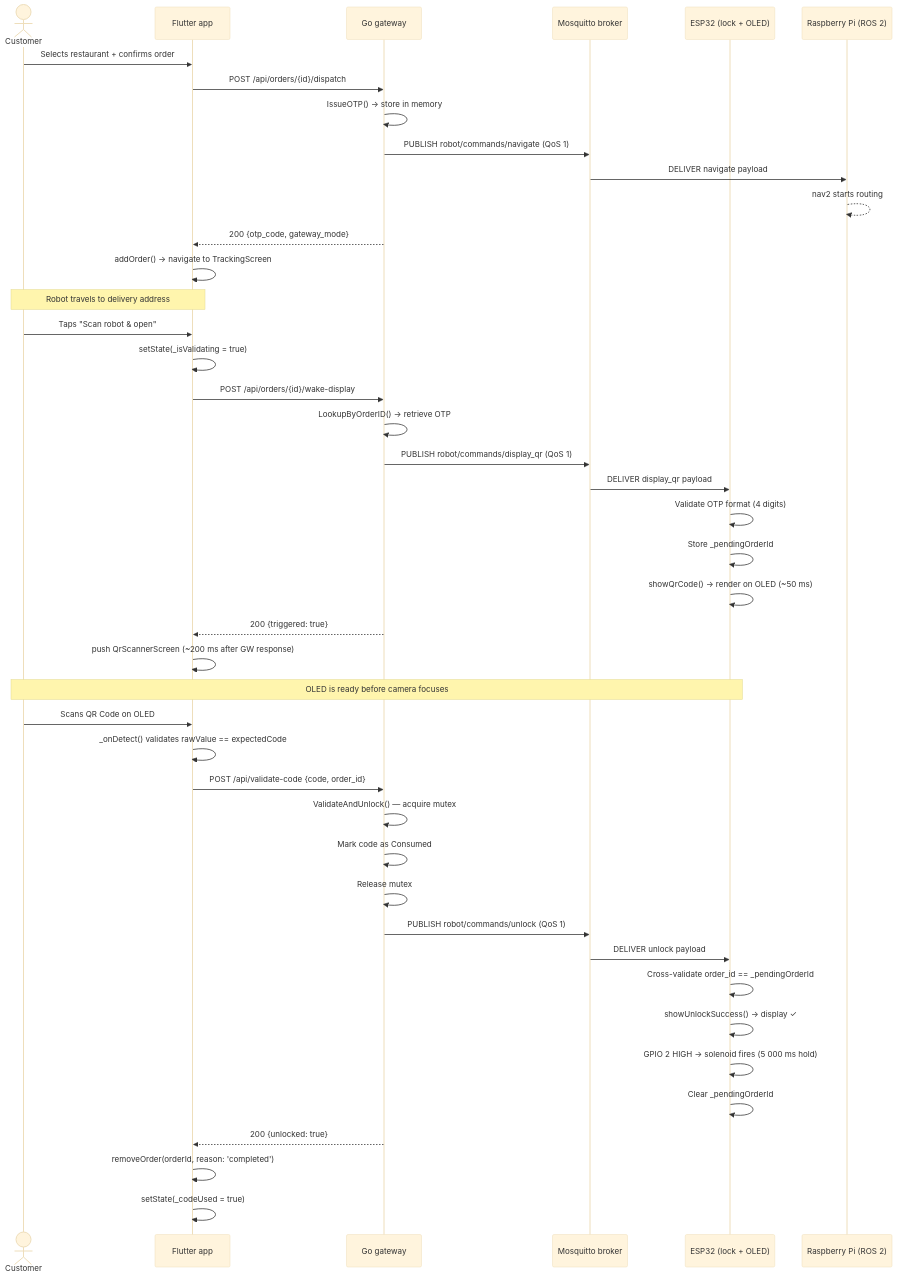
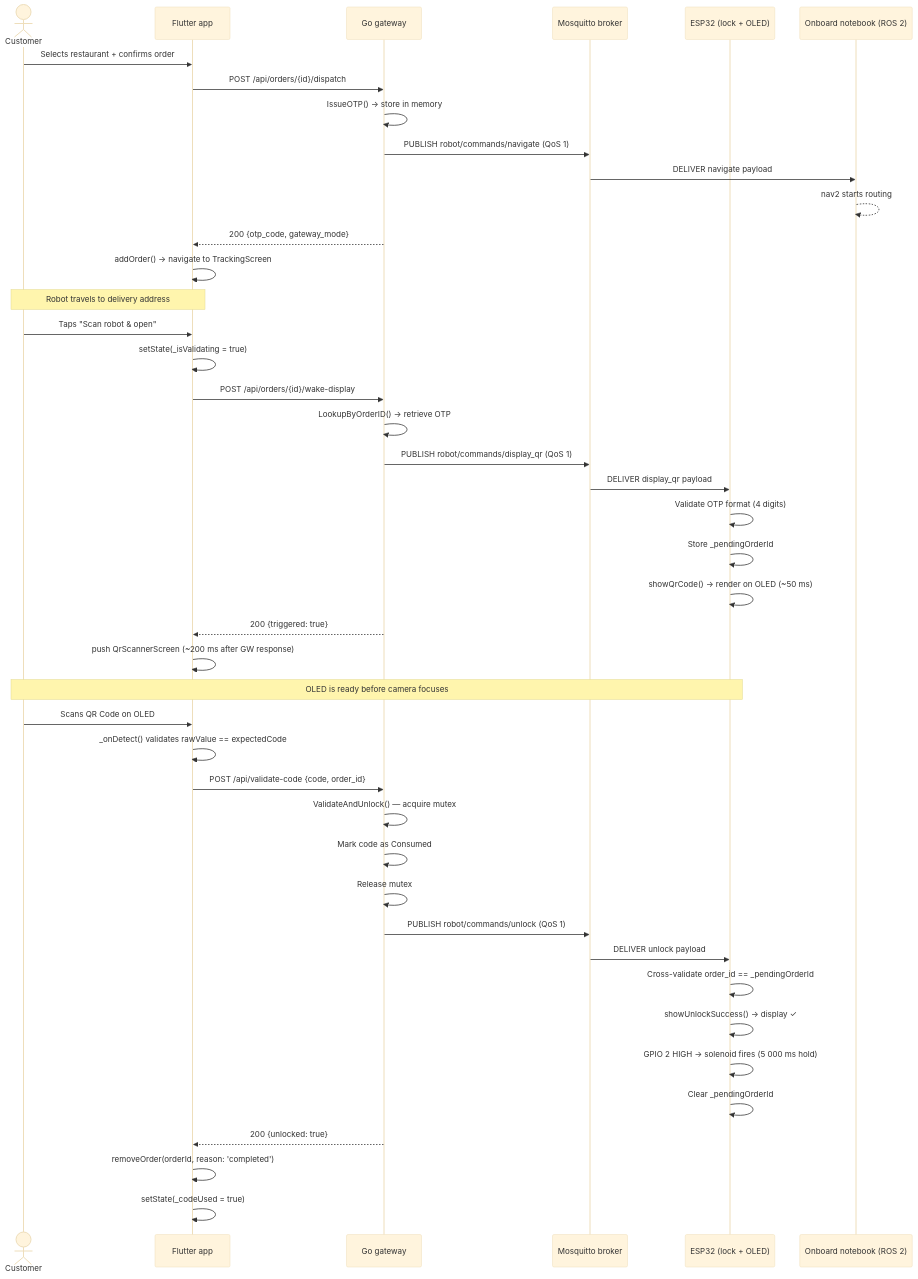
One commit to Santana-DS/pit-marmitron changed the first of 10 diagrams in Computacional/app/docs/STATE_FLOW.md. Above: the diagram before and after it, drawn with Mermaid (base theme). The commit also changed other lines of this file and 30 other files, not shown here.

````diff
--- a/Computacional/app/docs/STATE_FLOW.md
+++ b/Computacional/app/docs/STATE_FLOW.md
@@ -7,50 +7,50 @@
 ```mermaid
 sequenceDiagram
     actor Customer
     participant App as Flutter app
     participant GW as Go gateway
     participant MQ as Mosquitto broker
     participant ESP as ESP32 (lock + OLED)
-    participant PI as Raspberry Pi (ROS 2)
+    participant NB as Onboard notebook (ROS 2)
 
     Customer->>App: Selects restaurant + confirms order
     App->>GW: POST /api/orders/{id}/dispatch
     GW->>GW: IssueOTP() → store in memory
     GW->>MQ: PUBLISH robot/commands/navigate (QoS 1)
-    MQ->>PI: DELIVER navigate payload
-    PI-->>PI: nav2 starts routing
+    MQ->>NB: DELIVER navigate payload
+    NB-->>NB: nav2 starts routing
     GW-->>App: 200 {otp_code, gateway_mode}
     App->>App: addOrder() → navigate to TrackingScreen
 
     Note over Customer,App: Robot travels to delivery address
 
     Customer->>App: Taps "Scan robot & open"
     App->>App: setState(_isValidating = true)
     App->>GW: POST /api/orders/{id}/wake-display
     GW->>GW: LookupByOrderID() → retrieve OTP
     GW->>MQ: PUBLISH robot/commands/display_qr (QoS 1)
     MQ->>ESP: DELIVER display_qr payload
     ESP->>ESP: Validate OTP format (4 digits)
     ESP->>ESP: Store _pendingOrderId
     ESP->>ESP: showQrCode() → render on OLED (~50 ms)
     GW-->>App: 200 {triggered: true}
     App->>App: push QrScannerScreen (~200 ms after GW response)
 
     Note over Customer,ESP: OLED is ready before camera focuses
 
     Customer->>App: Scans QR Code on OLED
     App->>App: _onDetect() validates rawValue == expectedCode
     App->>GW: POST /api/validate-code {code, order_id}
     GW->>GW: ValidateAndUnlock() — acquire mutex
     GW->>GW: Mark code as Consumed
     GW->>GW: Release mutex
     GW->>MQ: PUBLISH robot/commands/unlock (QoS 1)
     MQ->>ESP: DELIVER unlock payload
     ESP->>ESP: Cross-validate order_id == _pendingOrderId
     ESP->>ESP: showUnlockSuccess() → display ✓
     ESP->>ESP: GPIO 2 HIGH → solenoid fires (5 000 ms hold)
     ESP->>ESP: Clear _pendingOrderId
     GW-->>App: 200 {unlocked: true}
     App->>App: removeOrder(orderId, reason: 'completed')
     App->>App: setState(_codeUsed = true)
 ```
````
